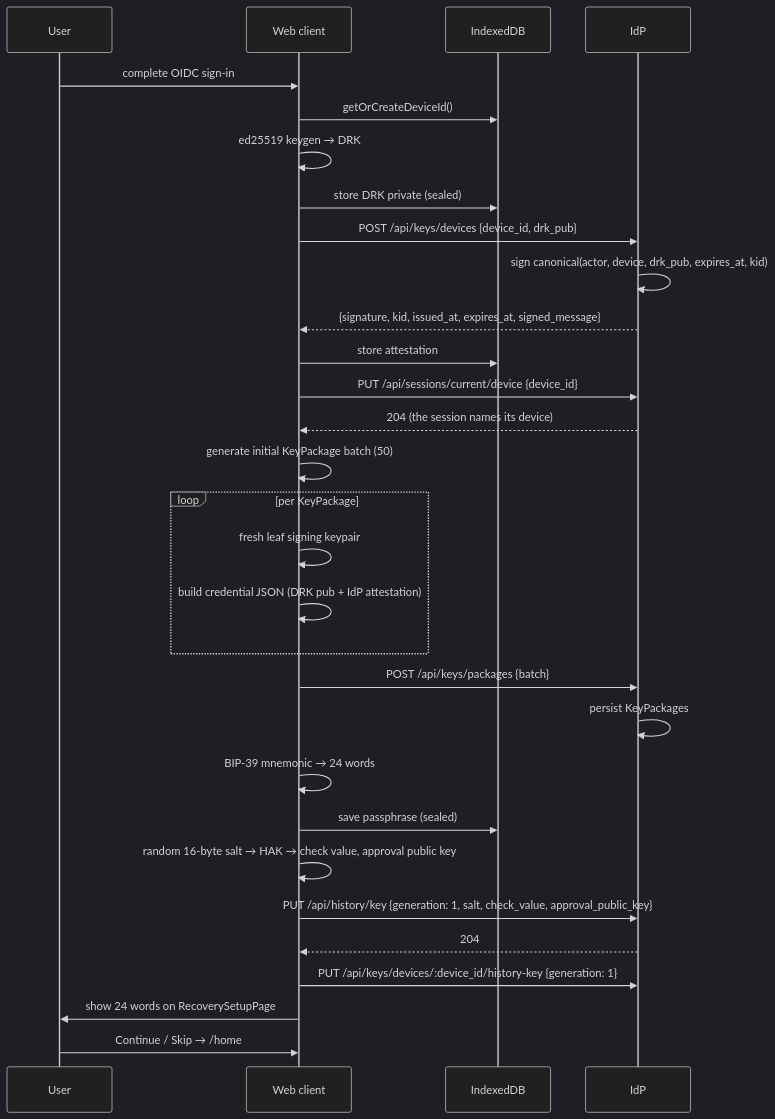
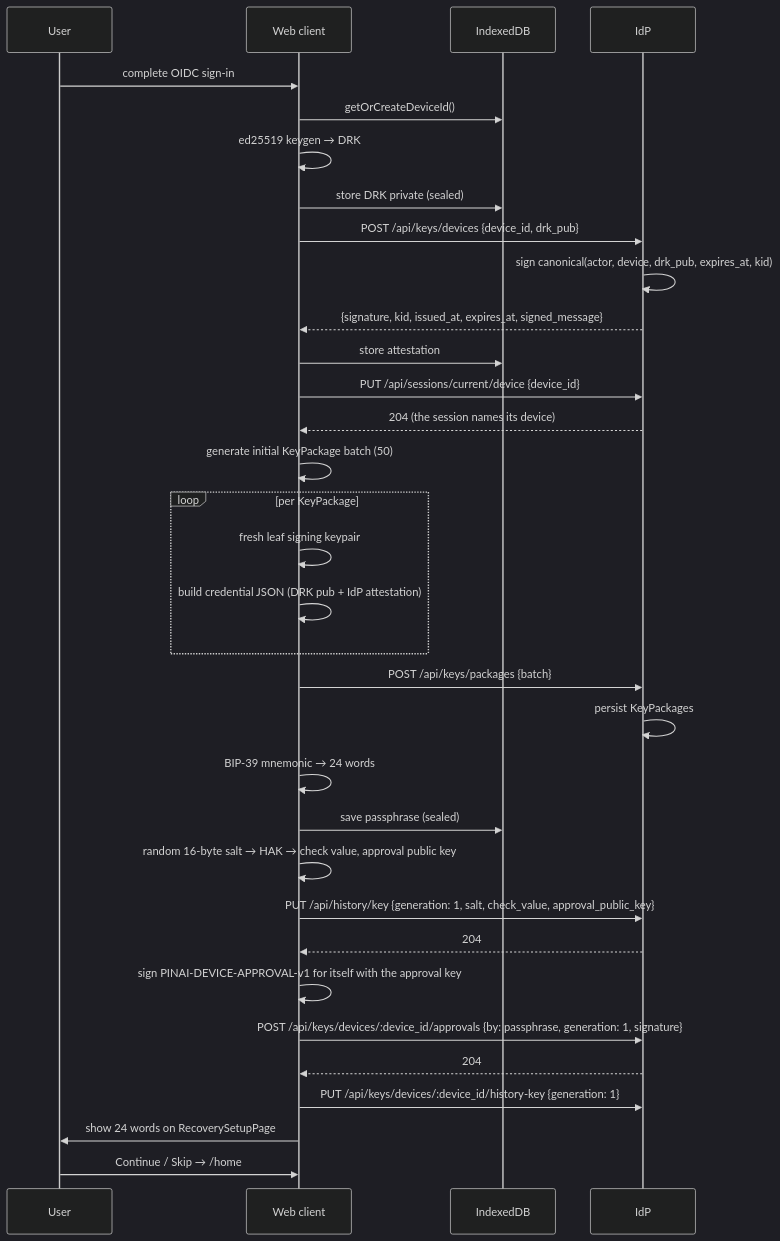
Before and after one commit to Pina-i/pinai: the seventh of 17 diagrams in identity-provider/specs/e2ee.md, drawn with Mermaid (dark theme). The commit also changed other lines of this file and 52 other files, not shown here.

First line of the commit message:
feat(idp): store device approvals and relay the approval handshake

````diff
--- a/identity-provider/specs/e2ee.md
+++ b/identity-provider/specs/e2ee.md
@@ -517,33 +691,36 @@
 ```mermaid
 sequenceDiagram
     participant U as User
     participant Web as Web client
     participant IDB as IndexedDB
     participant IdP
 
     U->>Web: complete OIDC sign-in
     Web->>IDB: getOrCreateDeviceId()
     Web->>Web: ed25519 keygen → DRK
     Web->>IDB: store DRK private (sealed)
     Web->>IdP: POST /api/keys/devices {device_id, drk_pub}
     IdP->>IdP: sign canonical(actor, device, drk_pub, expires_at, kid)
     IdP-->>Web: {signature, kid, issued_at, expires_at, signed_message}
     Web->>IDB: store attestation
     Web->>IdP: PUT /api/sessions/current/device {device_id}
     IdP-->>Web: 204 (the session names its device)
     Web->>Web: generate initial KeyPackage batch (50)
     loop per KeyPackage
         Web->>Web: fresh leaf signing keypair
         Web->>Web: build credential JSON (DRK pub + IdP attestation)
     end
     Web->>IdP: POST /api/keys/packages {batch}
     IdP->>IdP: persist KeyPackages
     Web->>Web: BIP-39 mnemonic → 24 words
     Web->>IDB: save passphrase (sealed)
     Web->>Web: random 16-byte salt → HAK → check value, approval public key
     Web->>IdP: PUT /api/history/key {generation: 1, salt, check_value, approval_public_key}
     IdP-->>Web: 204
+    Web->>Web: sign PINAI-DEVICE-APPROVAL-v1 for itself with the approval key
+    Web->>IdP: POST /api/keys/devices/:device_id/approvals {by: passphrase, generation: 1, signature}
+    IdP-->>Web: 204
     Web->>IdP: PUT /api/keys/devices/:device_id/history-key {generation: 1}
     Web->>U: show 24 words on RecoverySetupPage
     U->>Web: Continue / Skip → /home
 ```
````
